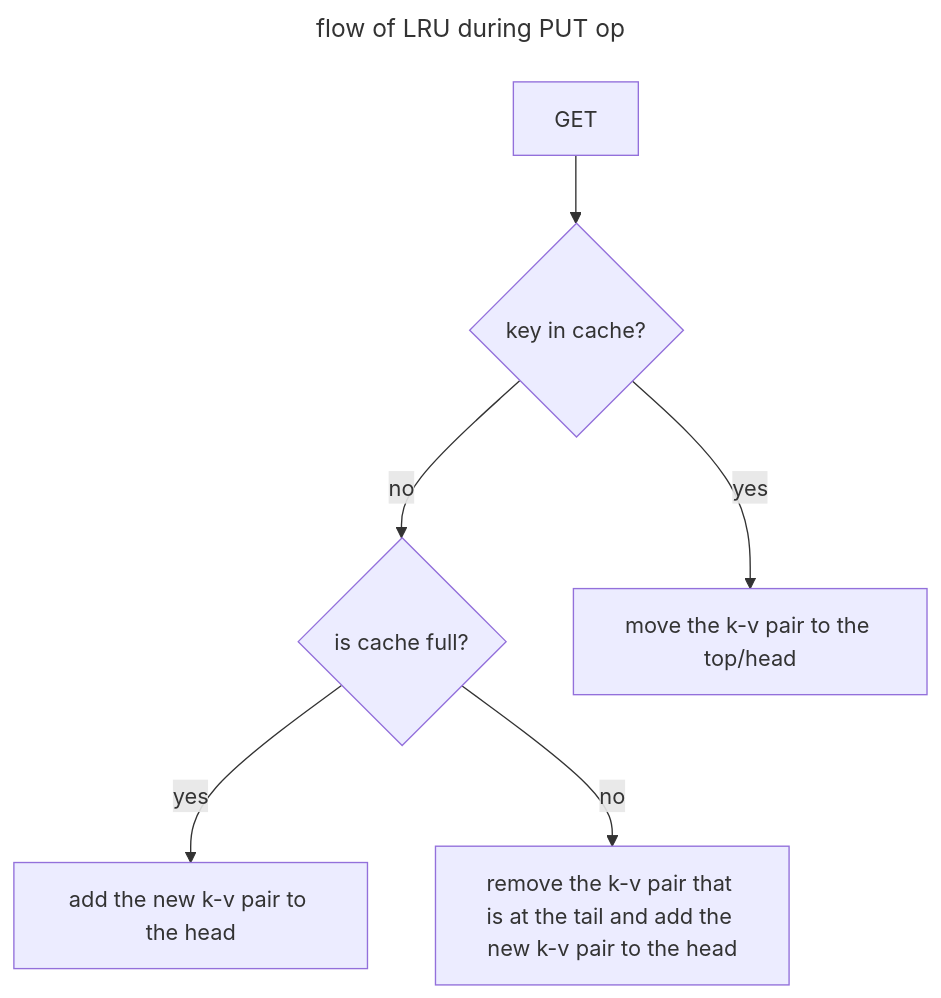
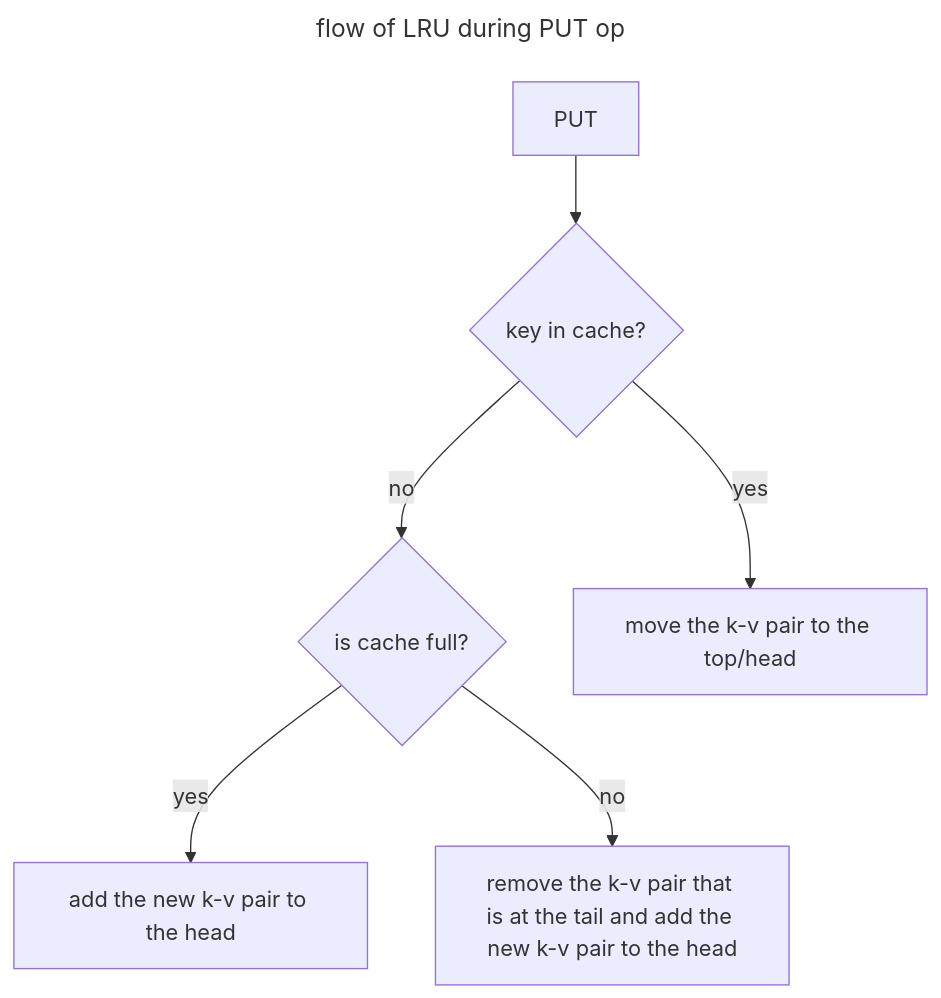
The second of 8 diagrams in 0x03-distributed_caches/1-distributed_cache.md (brk-a/system-design), drawn with Mermaid before and after one commit. The commit also changed other lines of this file, not shown here.

Commit message:
distributed_cache

````diff
--- a/0x03-distributed_caches/1-distributed_cache.md
+++ b/0x03-distributed_caches/1-distributed_cache.md
@@ -48,11 +48,11 @@
          ```mermaid
         ---
         title: flow of LRU during PUT op
         ---
         flowchart TD
-            A[GET]-->B{key in cache?}
+            A[PUT]-->B{key in cache?}
             B-->|no| C{ is cache full?}
             B-->|yes| D[move the k-v pair to the top/head]
             C-->|yes| E[add the new k-v pair to the head]
             C-->|no| F[remove the k-v pair that is at the tail and add the new k-v pair to the head]
         ```
````
